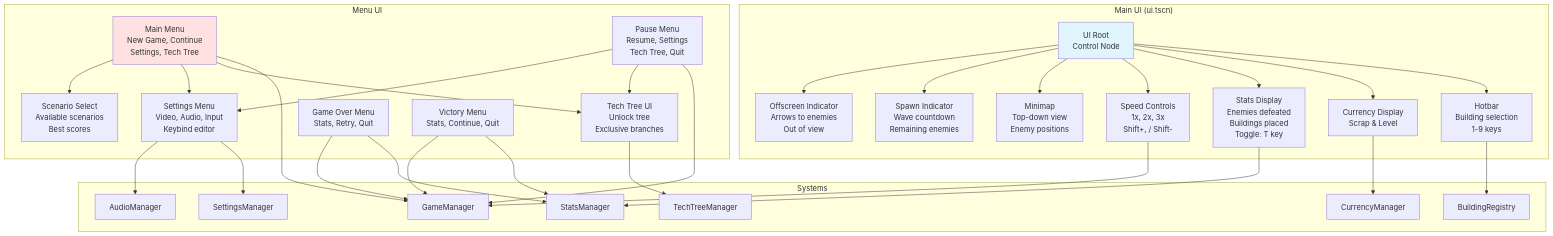
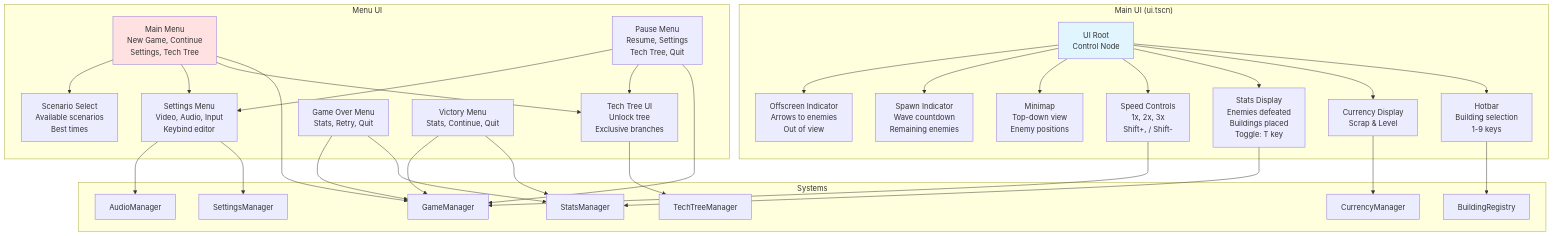
The sixth of 8 diagrams in docs/ARCHITECTURE.md (saebyn/zom-nom-defense), drawn with Mermaid before and after one commit. The commit also changed other lines of this file and 84 other files, not shown here.

````diff
--- a/docs/ARCHITECTURE.md
+++ b/docs/ARCHITECTURE.md
@@ -415,81 +415,81 @@
 ```mermaid
 graph TB
     subgraph "Main UI (ui.tscn)"
         MainUI[UI Root<br/>Control Node]
         
         Hotbar[Hotbar<br/>Building selection<br/>1-9 keys]
         
         CurrencyDisplay[Currency Display<br/>Scrap & Level]
         
         StatsDisplay[Stats Display<br/>Enemies defeated<br/>Buildings placed<br/>Toggle: T key]
         
         SpeedControls[Speed Controls<br/>1x, 2x, 3x<br/>Shift+, / Shift-]
         
         Minimap[Minimap<br/>Top-down view<br/>Enemy positions]
         
         SpawnIndicator[Spawn Indicator<br/>Wave countdown<br/>Remaining enemies]
         
         OffscreenIndicator[Offscreen Indicator<br/>Arrows to enemies<br/>Out of view]
     end
     
     subgraph "Menu UI"
         MainMenu[Main Menu<br/>New Game, Continue<br/>Settings, Tech Tree]
         
         PauseMenu[Pause Menu<br/>Resume, Settings<br/>Tech Tree, Quit]
         
-        ScenarioSelect[Scenario Select<br/>Available scenarios<br/>Best scores]
+        ScenarioSelect[Scenario Select<br/>Available scenarios<br/>Best times]
         
         TechTree[Tech Tree UI<br/>Unlock tree<br/>Exclusive branches]
         
         Settings[Settings Menu<br/>Video, Audio, Input<br/>Keybind editor]
         
         GameOver[Game Over Menu<br/>Stats, Retry, Quit]
         
         Victory[Victory Menu<br/>Stats, Continue, Quit]
     end
     
     subgraph "Systems"
         GM[GameManager]
         CM[CurrencyManager]
         SM[StatsManager]
         TTM[TechTreeManager]
         OR[BuildingRegistry]
         AM[AudioManager]
         SetM[SettingsManager]
     end
     
     MainUI --> Hotbar
     MainUI --> CurrencyDisplay
     MainUI --> StatsDisplay
     MainUI --> SpeedControls
     MainUI --> Minimap
     MainUI --> SpawnIndicator
     MainUI --> OffscreenIndicator
     
     Hotbar --> OR
     CurrencyDisplay --> CM
     StatsDisplay --> SM
     SpeedControls --> GM
     
     MainMenu --> GM
     MainMenu --> TechTree
     MainMenu --> Settings
     MainMenu --> ScenarioSelect
     
     PauseMenu --> GM
     PauseMenu --> TechTree
     PauseMenu --> Settings
     
     TechTree --> TTM
     Settings --> SetM
     Settings --> AM
     
     GameOver --> SM
     GameOver --> GM
     
     Victory --> SM
     Victory --> GM
     
     style MainUI fill:#e1f5ff
     style MainMenu fill:#ffe1e1
 ```
````
